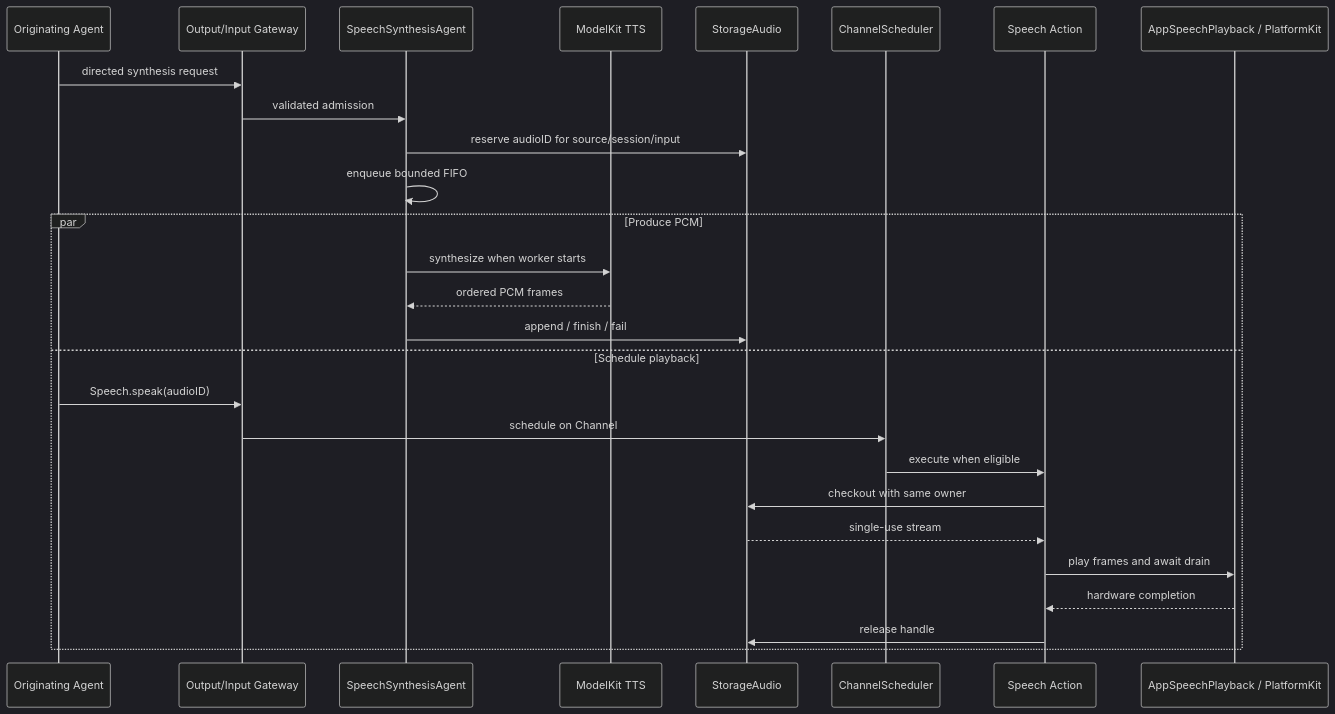
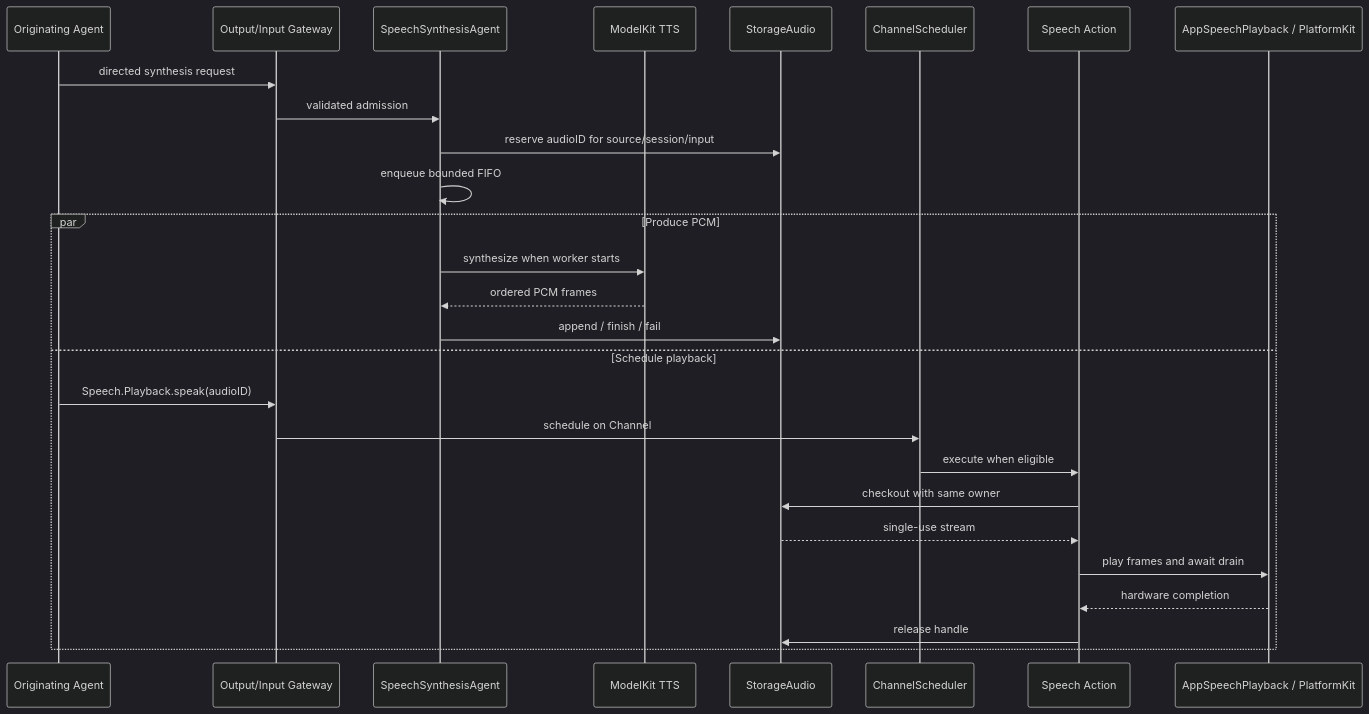
The tenth of 15 diagrams in MobileHarness/README.md (devilyouwei/MobileHarness), drawn with Mermaid (dark theme) before and after one commit. The commit also changed other lines of this file and 238 other files, not shown here.

````diff
--- a/MobileHarness/README.md
+++ b/MobileHarness/README.md
@@ -554,29 +542,29 @@
 ```mermaid
 sequenceDiagram
     participant A as Originating Agent
     participant G as Output/Input Gateway
     participant S as SpeechSynthesisAgent
     participant M as ModelKit TTS
     participant C as StorageAudio
     participant Q as ChannelScheduler
     participant R as Speech Action
     participant P as AppSpeechPlayback / PlatformKit
     A->>G: directed synthesis request
     G->>S: validated admission
     S->>C: reserve audioID for source/session/input
     S->>S: enqueue bounded FIFO
     par Produce PCM
         S->>M: synthesize when worker starts
         M-->>S: ordered PCM frames
         S->>C: append / finish / fail
     and Schedule playback
-        A->>G: Speech.speak(audioID)
+        A->>G: Speech.Playback.speak(audioID)
         G->>Q: schedule on Channel
         Q->>R: execute when eligible
         R->>C: checkout with same owner
         C-->>R: single-use stream
         R->>P: play frames and await drain
         P-->>R: hardware completion
         R->>C: release handle
     end
 ```
````
